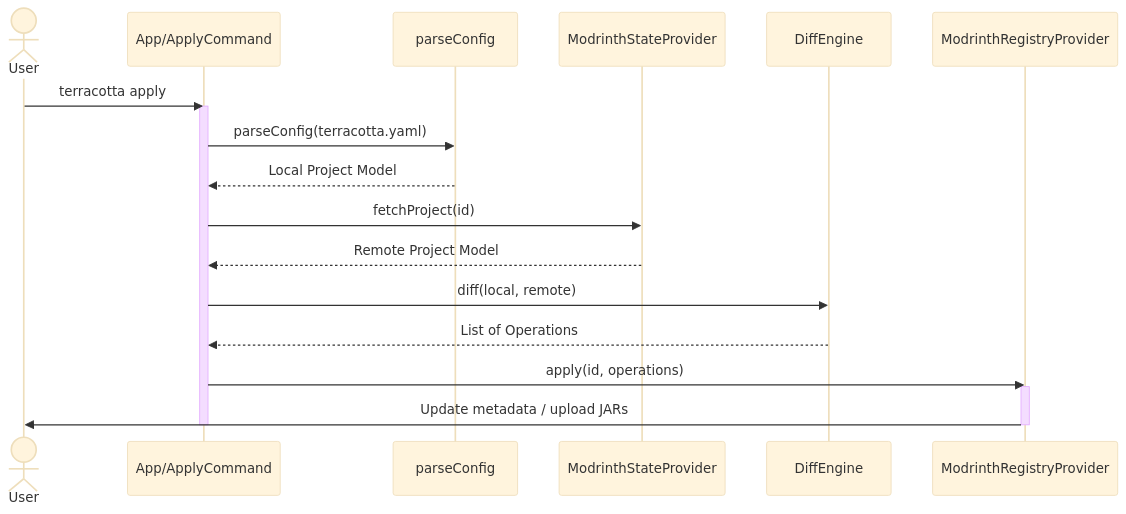
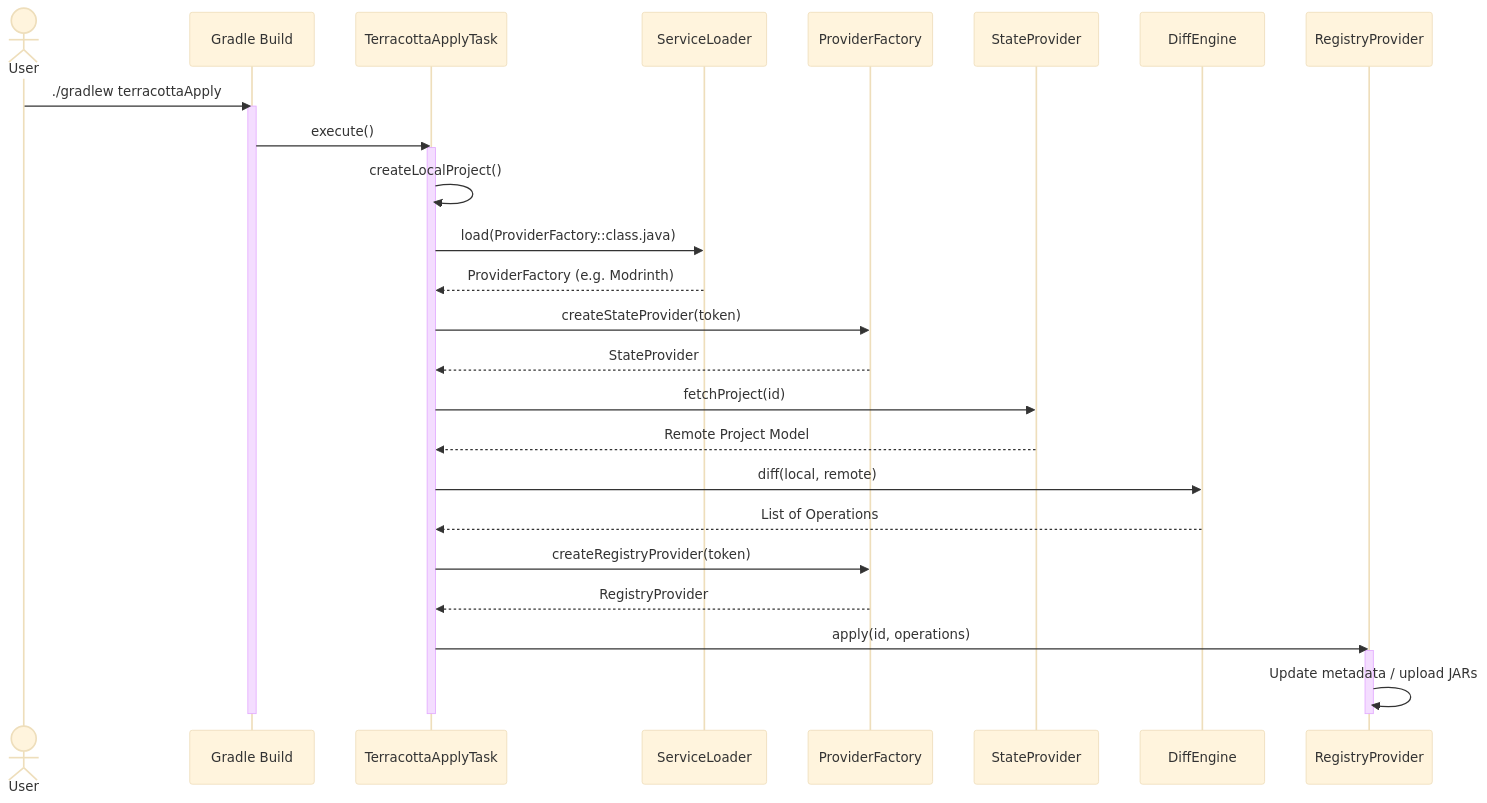
Before and after one commit to beduality/terracotta: the second of 2 diagrams in docs/content/sdk/explanation/architecture.md, drawn with Mermaid (base theme). The commit also changed other lines of this file and 3 other files, not shown here.

First line of the commit message:
docs: update documentation to reflect gradle plugin and architecture changes

````diff
--- a/docs/content/sdk/explanation/architecture.md
+++ b/docs/content/sdk/explanation/architecture.md
@@ -100,23 +112,33 @@
 ```mermaid
 sequenceDiagram
     actor User
-    participant CLI as App/ApplyCommand
-    participant Parser as parseConfig
-    participant State as ModrinthStateProvider
+    participant Gradle as Gradle Build
+    participant Task as TerracottaApplyTask
+    participant SL as ServiceLoader
+    participant Factory as ProviderFactory
+    participant State as StateProvider
     participant Diff as DiffEngine
-    participant Registry as ModrinthRegistryProvider
+    participant Registry as RegistryProvider
 
-    User->>CLI: terracotta apply
-    activate CLI
-    CLI->>Parser: parseConfig(terracotta.yaml)
-    Parser-->>CLI: Local Project Model
-    CLI->>State: fetchProject(id)
-    State-->>CLI: Remote Project Model
-    CLI->>Diff: diff(local, remote)
-    Diff-->>CLI: List of Operations
-    CLI->>Registry: apply(id, operations)
+    User->>Gradle: ./gradlew terracottaApply
+    activate Gradle
+    Gradle->>Task: execute()
+    activate Task
+    Task->>Task: createLocalProject()
+    Task->>SL: load(ProviderFactory::class.java)
+    SL-->>Task: ProviderFactory (e.g. Modrinth)
+    Task->>Factory: createStateProvider(token)
+    Factory-->>Task: StateProvider
+    Task->>State: fetchProject(id)
+    State-->>Task: Remote Project Model
+    Task->>Diff: diff(local, remote)
+    Diff-->>Task: List of Operations
+    Task->>Factory: createRegistryProvider(token)
+    Factory-->>Task: RegistryProvider
+    Task->>Registry: apply(id, operations)
     activate Registry
-    Registry->>User: Update metadata / upload JARs
+    Registry->>Registry: Update metadata / upload JARs
     deactivate Registry
-    deactivate CLI
+    deactivate Task
+    deactivate Gradle
 ```
````
